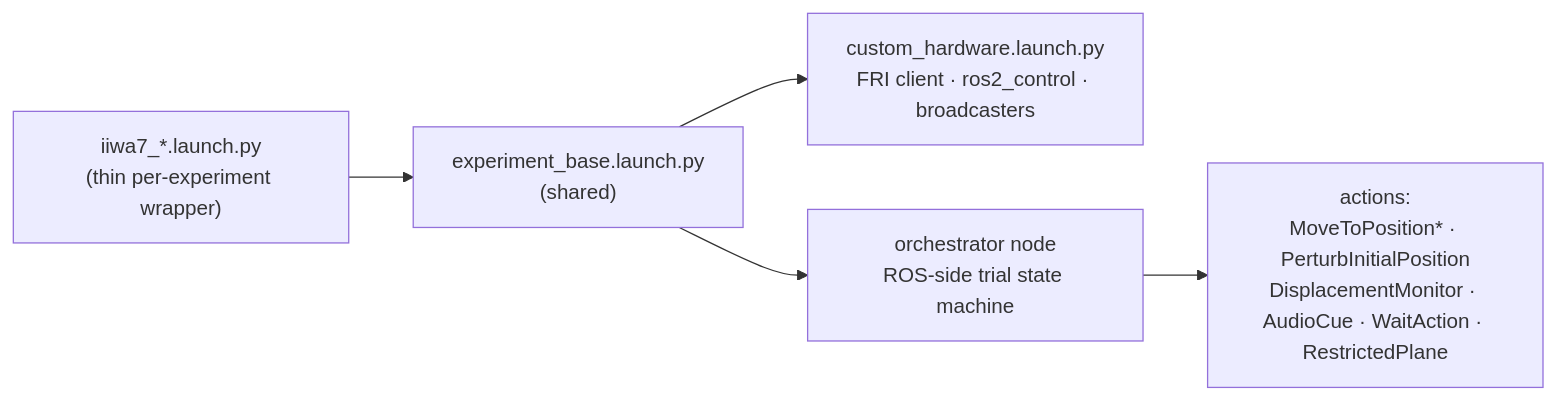
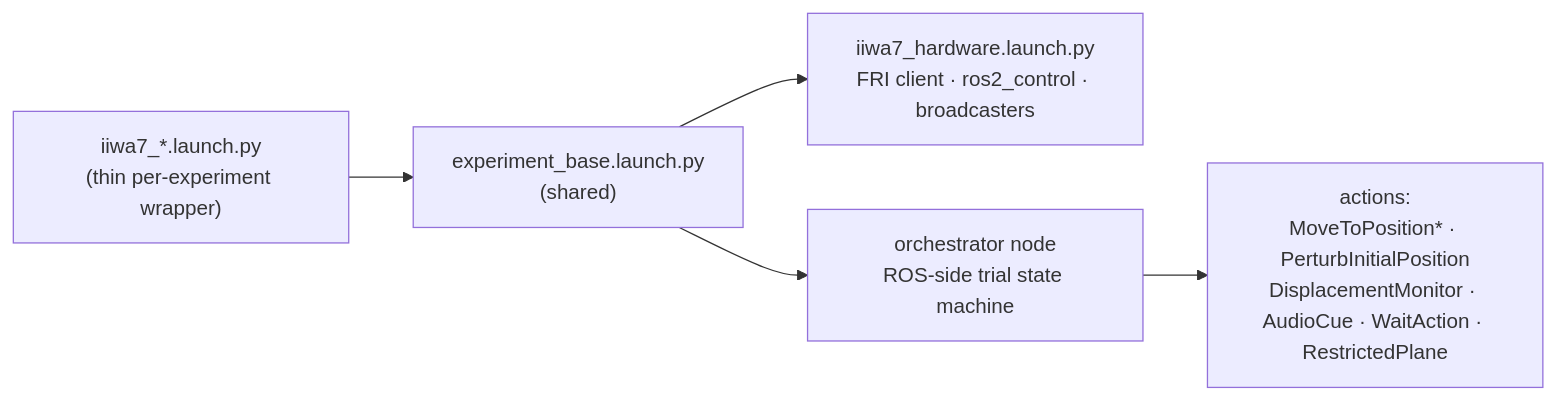
The second of 6 diagrams in README.md (sinthlab/sinthlab-kuka-stack), drawn with Mermaid before and after one commit. The commit also changed other lines of this file and 3 other files, not shown here.

````diff
--- a/README.md
+++ b/README.md
@@ -323,7 +323,7 @@
 ```mermaid
 flowchart LR
     L["iiwa7_*.launch.py<br/>(thin per-experiment wrapper)"] --> B["experiment_base.launch.py<br/>(shared)"]
-    B --> HW["custom_hardware.launch.py<br/>FRI client · ros2_control · broadcasters"]
+    B --> HW["iiwa7_hardware.launch.py<br/>FRI client · ros2_control · broadcasters"]
     B --> O["orchestrator node<br/>ROS-side trial state machine"]
     O --> A["actions:<br/>MoveToPosition* · PerturbInitialPosition<br/>DisplacementMonitor · AudioCue · WaitAction · RestrictedPlane"]
 ```
````
